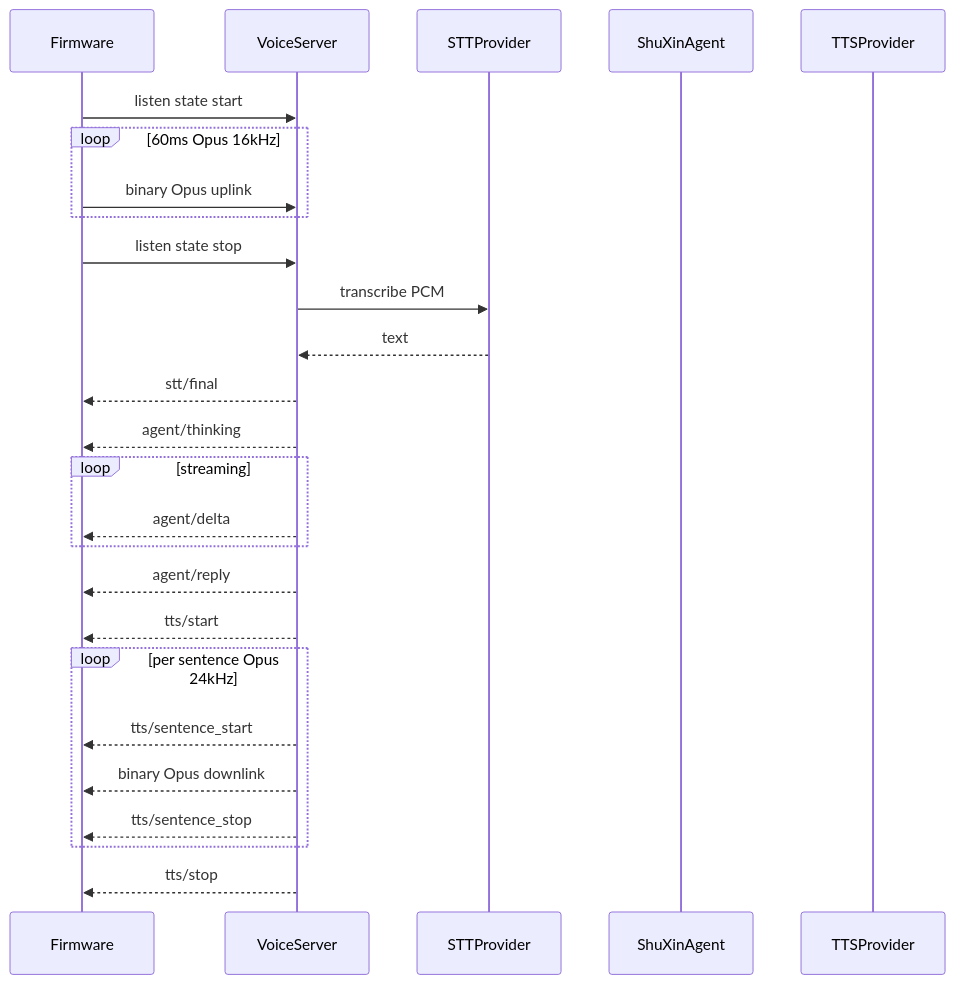
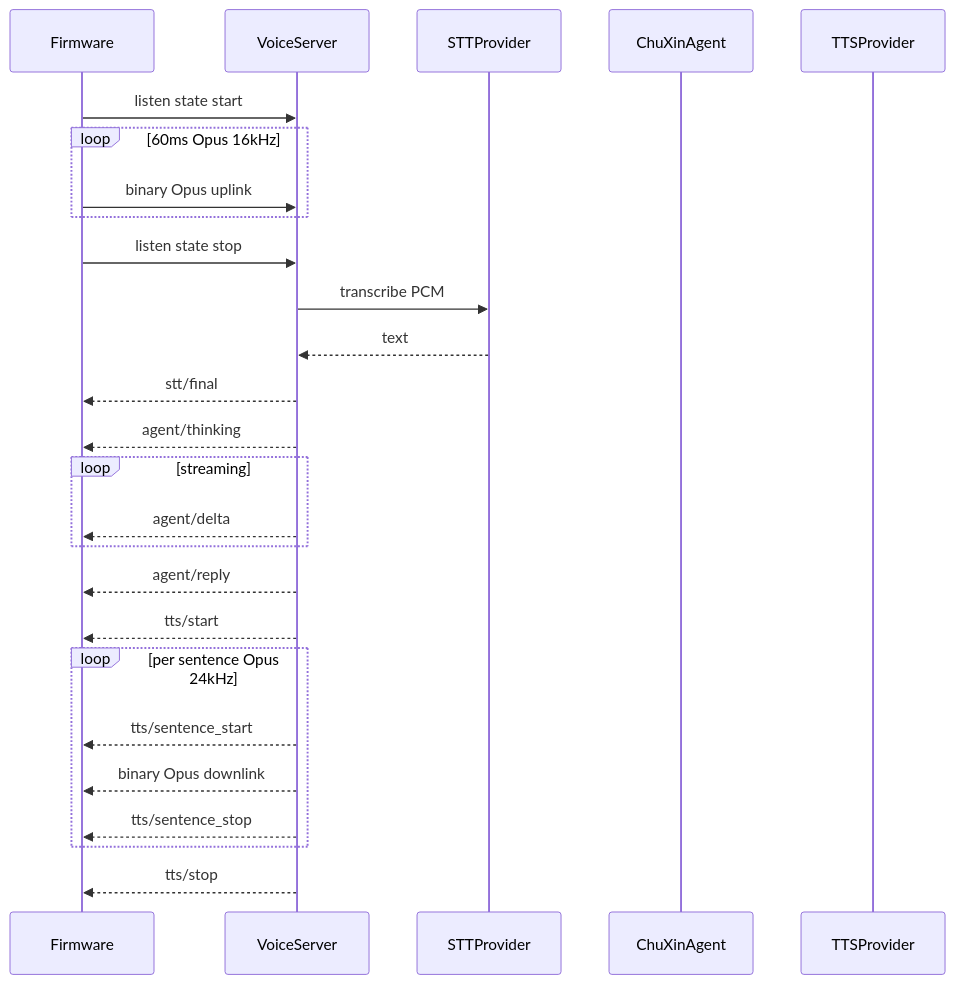
Before and after one commit to pureheartrobotics/shuxin: the third of 3 diagrams in docs/VOICE_HARDWARE_HANDBOOK.md, drawn with Mermaid. The commit also changed other lines of this file and 23 other files, not shown here.

````diff
--- a/docs/VOICE_HARDWARE_HANDBOOK.md
+++ b/docs/VOICE_HARDWARE_HANDBOOK.md
@@ -135,29 +158,29 @@
 ```mermaid
 sequenceDiagram
   participant FW as Firmware
   participant WS as VoiceServer
   participant STT as STTProvider
-  participant Agent as ShuXinAgent
+  participant Agent as ChuXinAgent
   participant TTS as TTSProvider
 
   FW->>WS: listen state start
   loop 60ms Opus 16kHz
     FW->>WS: binary Opus uplink
   end
   FW->>WS: listen state stop
   WS->>STT: transcribe PCM
   STT-->>WS: text
   WS-->>FW: stt/final
   WS-->>FW: agent/thinking
   loop streaming
     WS-->>FW: agent/delta
   end
   WS-->>FW: agent/reply
   WS-->>FW: tts/start
   loop per sentence Opus 24kHz
     WS-->>FW: tts/sentence_start
     WS-->>FW: binary Opus downlink
     WS-->>FW: tts/sentence_stop
   end
   WS-->>FW: tts/stop
 ```
````
